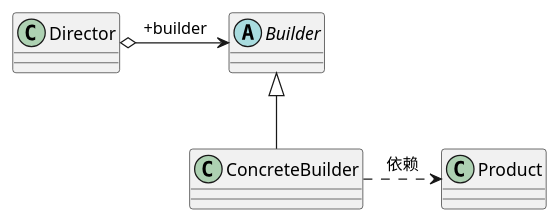
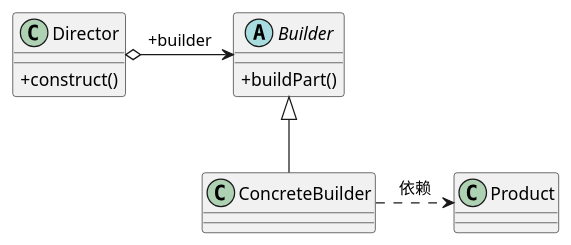
Before and after one commit to gorden5566/demo: the diagram in src/main/java/com/gorden5566/learn/pattern/manual/builder/builder.puml, drawn with PlantUML.

Commit message:
builder类图

```diff
--- a/src/main/java/com/gorden5566/learn/pattern/manual/builder/builder.puml
+++ b/src/main/java/com/gorden5566/learn/pattern/manual/builder/builder.puml
@@ -1,13 +1,17 @@
 @startuml
 skinparam classAttributeIconSize 0
 
-class Director
-abstract class Builder
+class Director {
+    +construct()
+}
+abstract class Builder {
+    +buildPart()
+}
 class ConcreteBuilder
 class Product
 
 ConcreteBuilder -up-|> Builder
 ConcreteBuilder .right.> Product : 依赖
 Director o-right-> Builder : +builder
 
 @enduml
```
